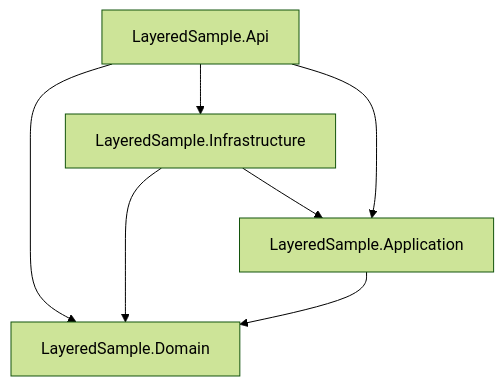
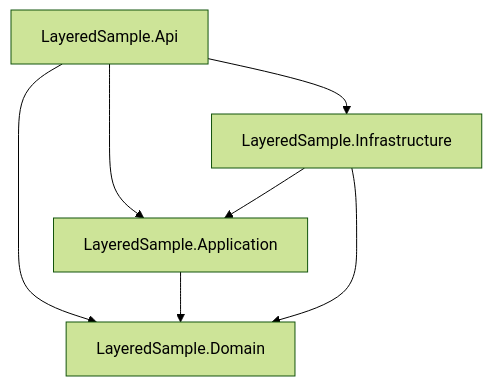
Before and after one commit to andrii2g/dotnet-solution-dependency-explorer: the diagram in docs/examples/LayeredSample/graph-projects.mmd, drawn with Mermaid (forest theme). The commit also changed other lines of this file and 3 other files, not shown here.

```diff
--- a/docs/examples/LayeredSample/graph-projects.mmd
+++ b/docs/examples/LayeredSample/graph-projects.mmd
@@ -1,11 +1,11 @@
 graph TD
+    project__LayeredSample_Api[LayeredSample.Api]
+    project__LayeredSample_Application[LayeredSample.Application]
     project__LayeredSample_Domain[LayeredSample.Domain]
     project__LayeredSample_Infrastructure[LayeredSample.Infrastructure]
-    project__LayeredSample_Api[LayeredSample.Api]
-    project__LayeredSample_Application[LayeredSample.Application]
-    project__LayeredSample_Infrastructure --> project__LayeredSample_Domain
-    project__LayeredSample_Infrastructure --> project__LayeredSample_Application
+    project__LayeredSample_Api --> project__LayeredSample_Application
     project__LayeredSample_Api --> project__LayeredSample_Domain
     project__LayeredSample_Api --> project__LayeredSample_Infrastructure
-    project__LayeredSample_Api --> project__LayeredSample_Application
     project__LayeredSample_Application --> project__LayeredSample_Domain
+    project__LayeredSample_Infrastructure --> project__LayeredSample_Application
+    project__LayeredSample_Infrastructure --> project__LayeredSample_Domain
```
